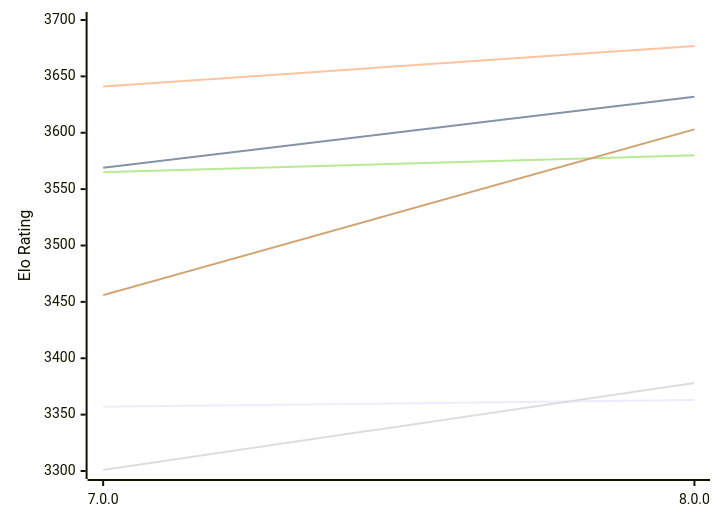
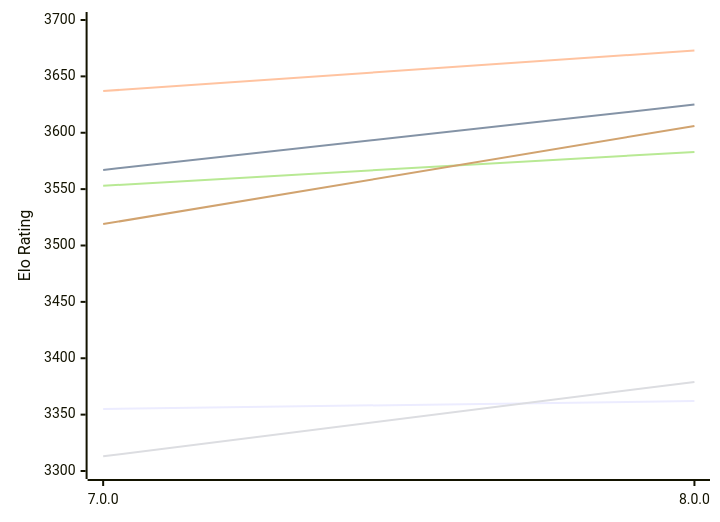
Before and after one commit to computer-chess-index/cci: the first of 2 diagrams in engines/Stormphrax.md, drawn with Mermaid. The commit also changed other lines of this file, not shown here.

Commit message:
Update CCI Ratings (ELO VLTC) - 2026-11-21

````diff
--- a/engines/Stormphrax.md
+++ b/engines/Stormphrax.md
@@ -52,12 +52,12 @@
 ```mermaid
 %%{init: {"theme":"base","themeVariables":{"seriesColors:['#a3a3a3','#222221','#faa371']}}}%%
 xychart-beta
   x-axis ["7.0.0", "8.0.0"]
   y-axis "Elo Rating" 3300 --> 3700
-  line "E1: STC (8.0+0.08s)" [3357, 3363]
-  line "E1: LTC (60.0+0.60s)" [3569, 3632]
-  line "E1: VLTC (2m24s+1.12s)" [3641, 3677]
-  line "P1: STC (8.0+0.08s)" [3301, 3378]
-  line "P1: LTC (60.0+0.60s)" [3565, 3580]
-  line "P1: VLTC (2m24s+1.12s)" [3456, 3603]
+  line "E1: STC (8.0+0.08s)" [3355, 3362]
+  line "E1: LTC (60.0+0.60s)" [3567, 3625]
+  line "E1: VLTC (2m24s+1.12s)" [3637, 3673]
+  line "P1: STC (8.0+0.08s)" [3313, 3379]
+  line "P1: LTC (60.0+0.60s)" [3553, 3583]
+  line "P1: VLTC (2m24s+1.12s)" [3519, 3606]
 ```
````
